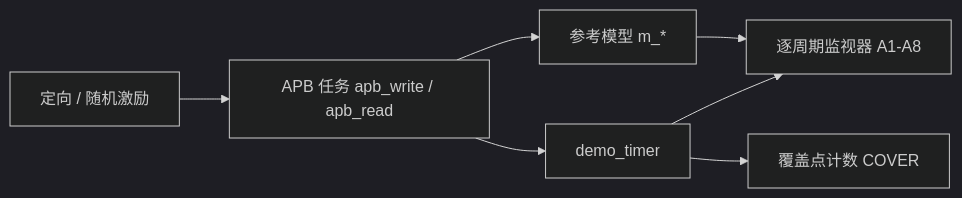
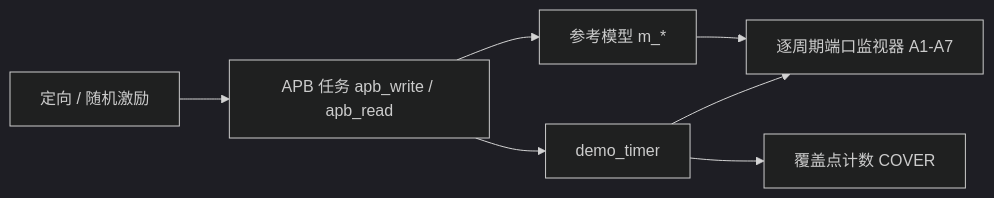
One commit to rtl-workflow/rtl_doc_agent changed the diagram in plugins/rtl-flow/skills/rtl-design-flow/examples/demo_timer/doc/07_dv_plan.md. Above: the diagram before and after it, drawn with Mermaid (dark theme). The commit also changed other lines of this file and 26 other files, not shown here.

First line of the commit message:
rtl-flow 0.4.0: multi-agent orchestration flow

````diff
--- a/plugins/rtl-flow/skills/rtl-design-flow/examples/demo_timer/doc/07_dv_plan.md
+++ b/plugins/rtl-flow/skills/rtl-design-flow/examples/demo_timer/doc/07_dv_plan.md
@@ -30,8 +30,8 @@
 ```mermaid
 flowchart LR
   seq[定向 / 随机激励] --> drv[APB 任务 apb_write / apb_read] --> dut[demo_timer]
   drv --> ref[参考模型 m_*]
-  dut --> mon[逐周期监视器 A1-A8]
+  dut --> mon[逐周期端口监视器 A1-A7]
   ref --> mon
   dut --> cov[覆盖点计数 COVER]
 ```
````
